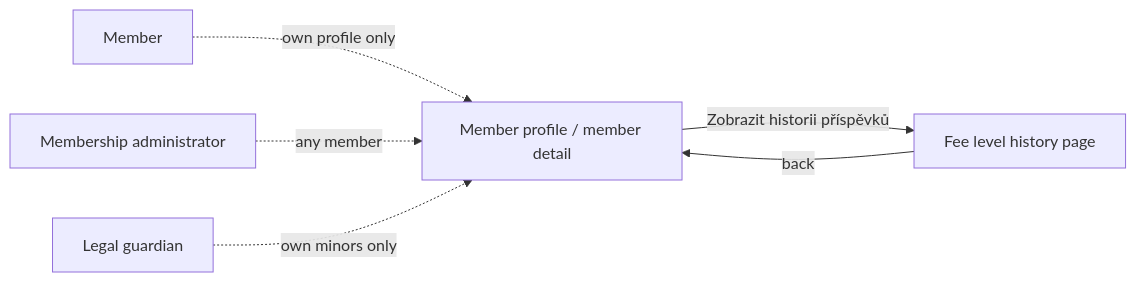
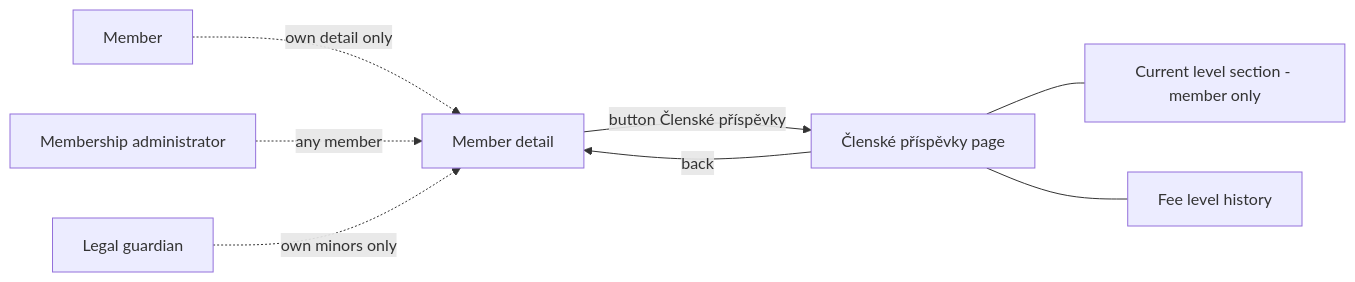
The diagram in openspec/changes/add-member-fee-history-page/proposal.md (zabiny/klabis), drawn with Mermaid before and after one commit. The commit also changed other lines of this file and 3 other files, not shown here.

First line of the commit message:
docs(openspec): rework fee history into Členské příspěvky page (add-member-fee-history-page)

````diff
--- a/openspec/changes/add-member-fee-history-page/proposal.md
+++ b/openspec/changes/add-member-fee-history-page/proposal.md
@@ -25,8 +27,10 @@
 ```mermaid
 flowchart LR
-    P[Member profile / member detail] -->|"Zobrazit historii příspěvků"| H[Fee level history page]
+    P[Member detail] -->|"button Členské příspěvky"| H[Členské příspěvky page]
     H -->|back| P
-    M[Member] -.->|own profile only| P
+    H --- S[Current level section - member only]
+    H --- Y[Fee level history]
+    M[Member] -.->|own detail only| P
     A[Membership administrator] -.->|any member| P
     G[Legal guardian] -.->|own minors only| P
 ```
````
